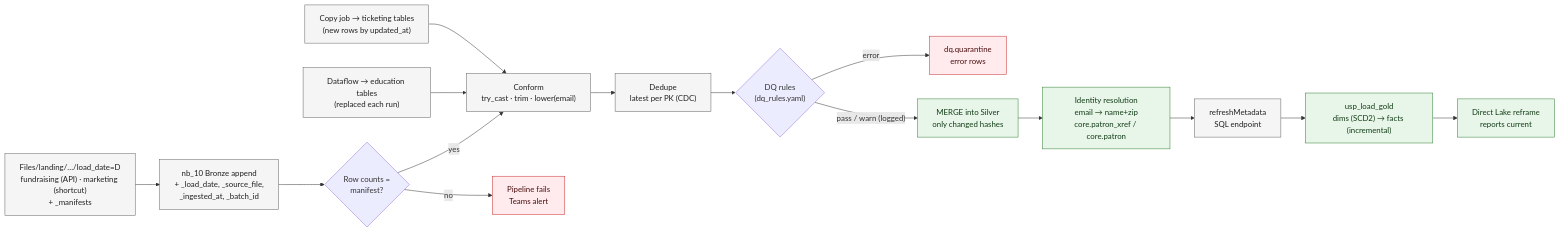
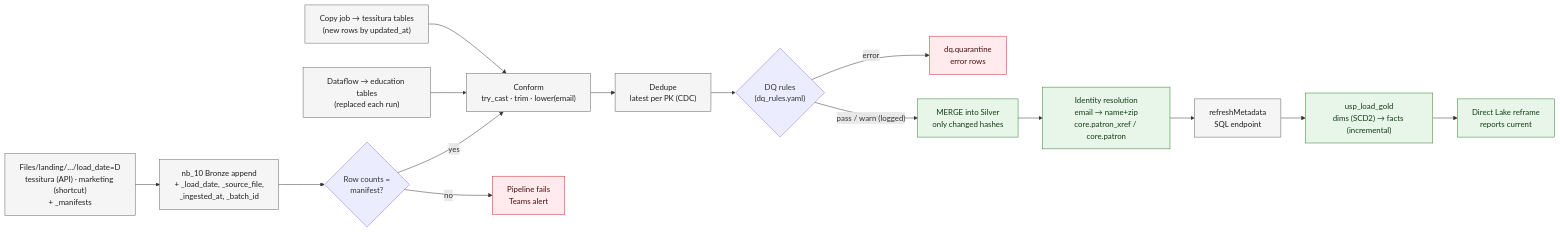
The diagram in docs/diagrams/src/06-medallion-dataflow.mmd (musatouray/performing-arts-audience-development-platform), drawn with Mermaid before and after one commit. The commit also changed 51 other files, not shown here.

```diff
--- a/docs/diagrams/src/06-medallion-dataflow.mmd
+++ b/docs/diagrams/src/06-medallion-dataflow.mmd
@@ -1,30 +1,30 @@
 %% One daily run, end to end, with the quality gates
 flowchart LR
   classDef ok fill:#E8F5E9,stroke:#2E7D32,color:#123D16
   classDef bad fill:#FFEBEE,stroke:#C62828,color:#4A0E0E
   classDef step fill:#F5F5F5,stroke:#616161,color:#212121
 
-  CJ["Copy job → ticketing tables<br/>(new rows by updated_at)"]:::step
+  CJ["Copy job → tessitura tables<br/>(new rows by updated_at)"]:::step
   DF["Dataflow → education tables<br/>(replaced each run)"]:::step
-  A["Files/landing/…/load_date=D<br/>fundraising (API) · marketing (shortcut)<br/>+ _manifests"]:::step
+  A["Files/landing/…/load_date=D<br/>tessitura (API) · marketing (shortcut)<br/>+ _manifests"]:::step
   B["nb_10 Bronze append<br/>+ _load_date, _source_file,<br/>_ingested_at, _batch_id"]:::step
   R{"Row counts =<br/>manifest?"}
   C["Conform<br/>try_cast · trim · lower(email)"]:::step
   DD["Dedupe<br/>latest per PK (CDC)"]:::step
   Q{"DQ rules<br/>(dq_rules.yaml)"}
   QU["dq.quarantine<br/>error rows"]:::bad
   M["MERGE into Silver<br/>only changed hashes"]:::ok
   IR["Identity resolution<br/>email → name+zip<br/>core.patron_xref / core.patron"]:::ok
   SY["refreshMetadata<br/>SQL endpoint"]:::step
   G["usp_load_gold<br/>dims (SCD2) → facts (incremental)"]:::ok
   DL["Direct Lake reframe<br/>reports current"]:::ok
   X["Pipeline fails<br/>Teams alert"]:::bad
 
   A --> B --> R
   R -- yes --> C
   CJ --> C
   DF --> C
   C --> DD --> Q
   R -- no --> X
   Q -- "error" --> QU
   Q -- "pass / warn (logged)" --> M --> IR --> SY --> G --> DL
```
